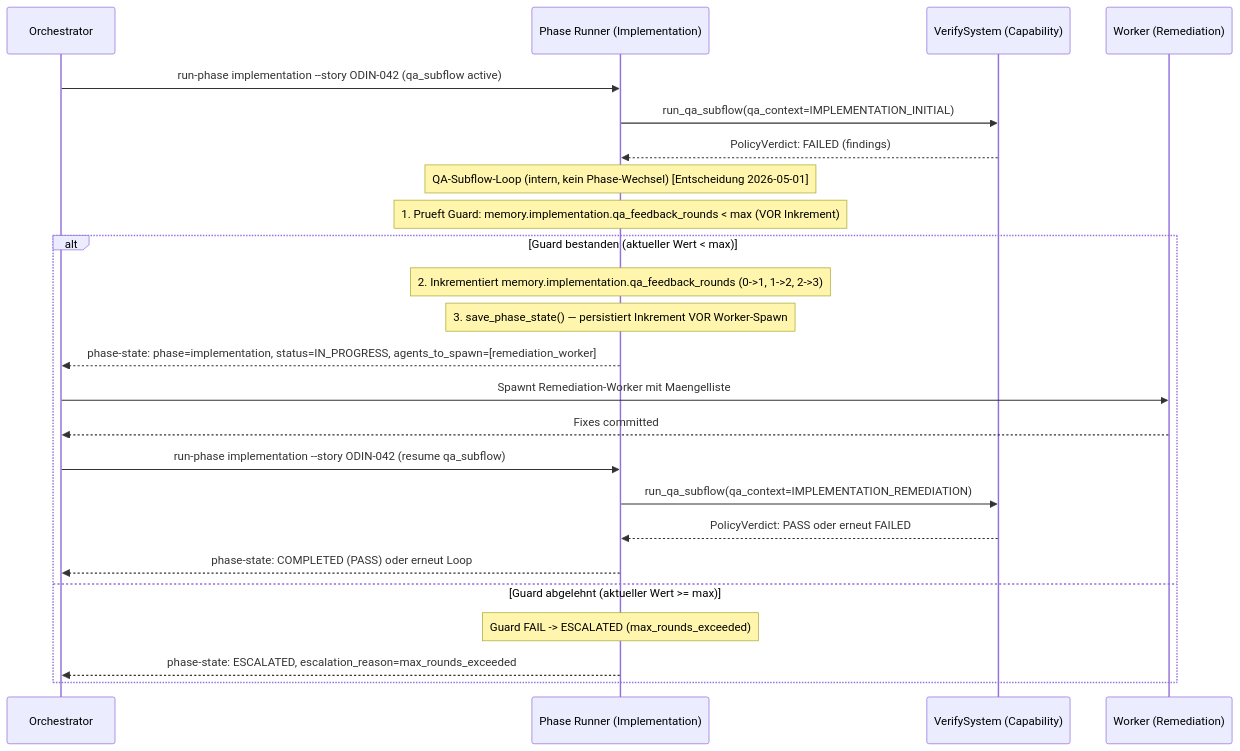
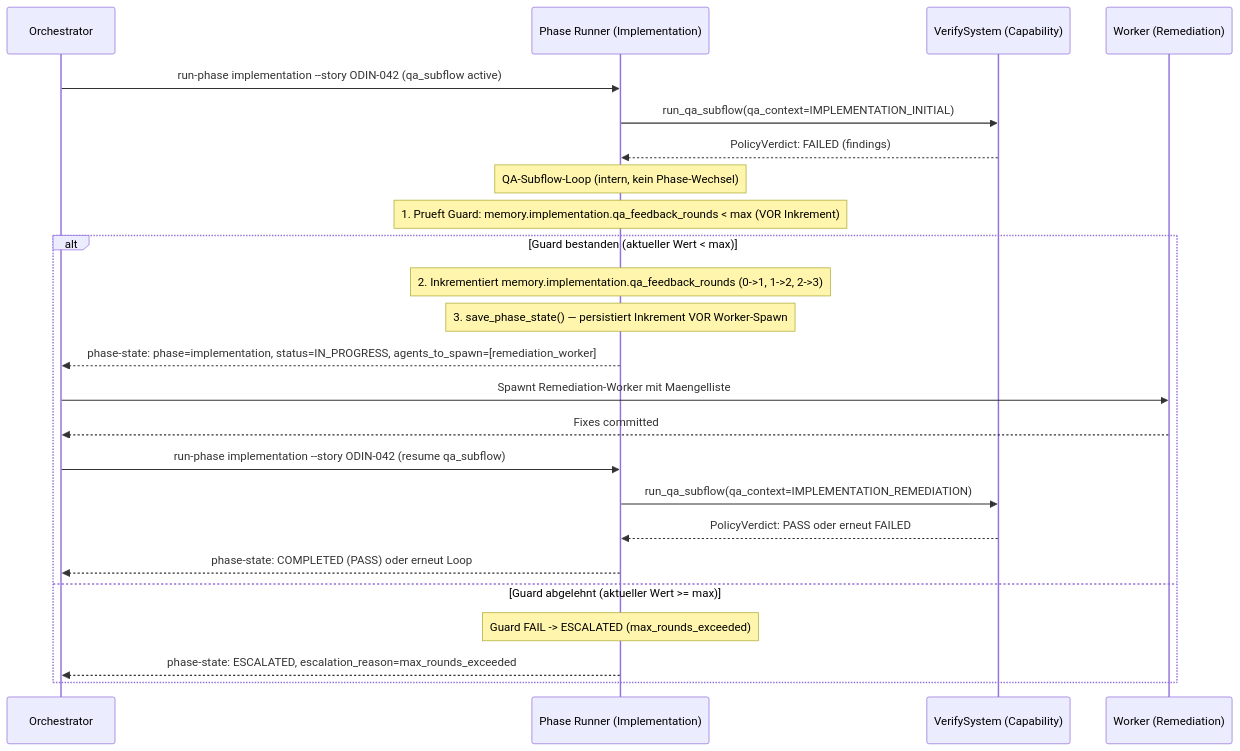
The third of 3 diagrams in concept/technical-design/20_workflow_engine_state_machine.md (saltenhof/claude-agentkit3), drawn with Mermaid before and after one commit. The commit also changed other lines of this file and 66 other files, not shown here.

````diff
--- a/concept/technical-design/20_workflow_engine_state_machine.md
+++ b/concept/technical-design/20_workflow_engine_state_machine.md
@@ -534,28 +508,28 @@
 ```mermaid
 sequenceDiagram
     participant O as Orchestrator
     participant PR as Phase Runner (Implementation)
     participant V as VerifySystem (Capability)
     participant W as Worker (Remediation)
 
     O->>PR: run-phase implementation --story ODIN-042 (qa_subflow active)
     PR->>V: run_qa_subflow(qa_context=IMPLEMENTATION_INITIAL)
     V-->>PR: PolicyVerdict: FAILED (findings)
 
-    Note over PR: QA-Subflow-Loop (intern, kein Phase-Wechsel) [Entscheidung 2026-05-01]
+    Note over PR: QA-Subflow-Loop (intern, kein Phase-Wechsel)
     Note over PR: 1. Prueft Guard: memory.implementation.qa_feedback_rounds < max (VOR Inkrement)
     alt Guard bestanden (aktueller Wert < max)
         Note over PR: 2. Inkrementiert memory.implementation.qa_feedback_rounds (0->1, 1->2, 2->3)
         Note over PR: 3. save_phase_state() — persistiert Inkrement VOR Worker-Spawn
         PR-->>O: phase-state: phase=implementation, status=IN_PROGRESS, agents_to_spawn=[remediation_worker]
         O->>W: Spawnt Remediation-Worker mit Maengelliste
         W-->>O: Fixes committed
         O->>PR: run-phase implementation --story ODIN-042 (resume qa_subflow)
         PR->>V: run_qa_subflow(qa_context=IMPLEMENTATION_REMEDIATION)
         V-->>PR: PolicyVerdict: PASS oder erneut FAILED
         PR-->>O: phase-state: COMPLETED (PASS) oder erneut Loop
     else Guard abgelehnt (aktueller Wert >= max)
         Note over PR: Guard FAIL -> ESCALATED (max_rounds_exceeded)
         PR-->>O: phase-state: ESCALATED, escalation_reason=max_rounds_exceeded
     end
 ```
````
